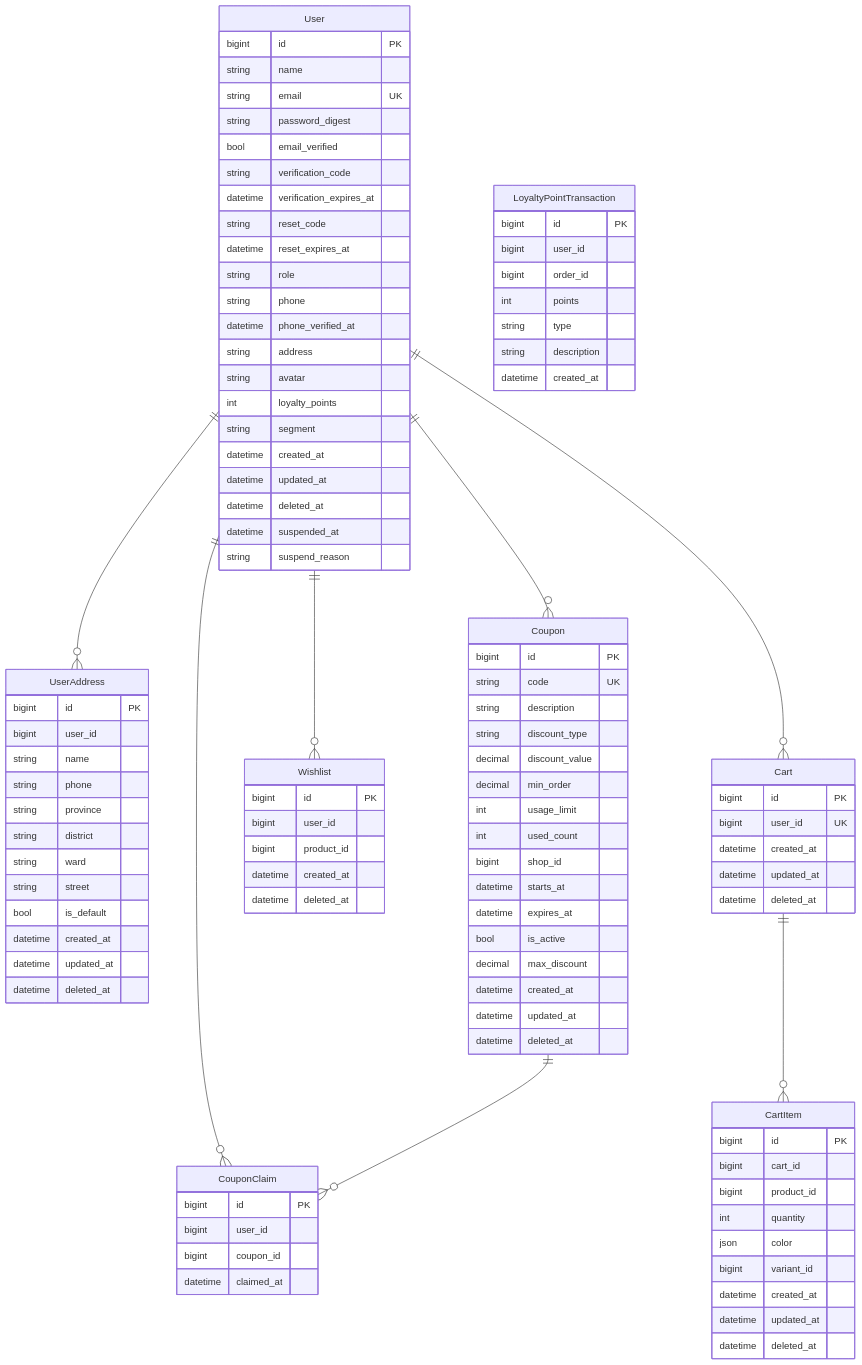
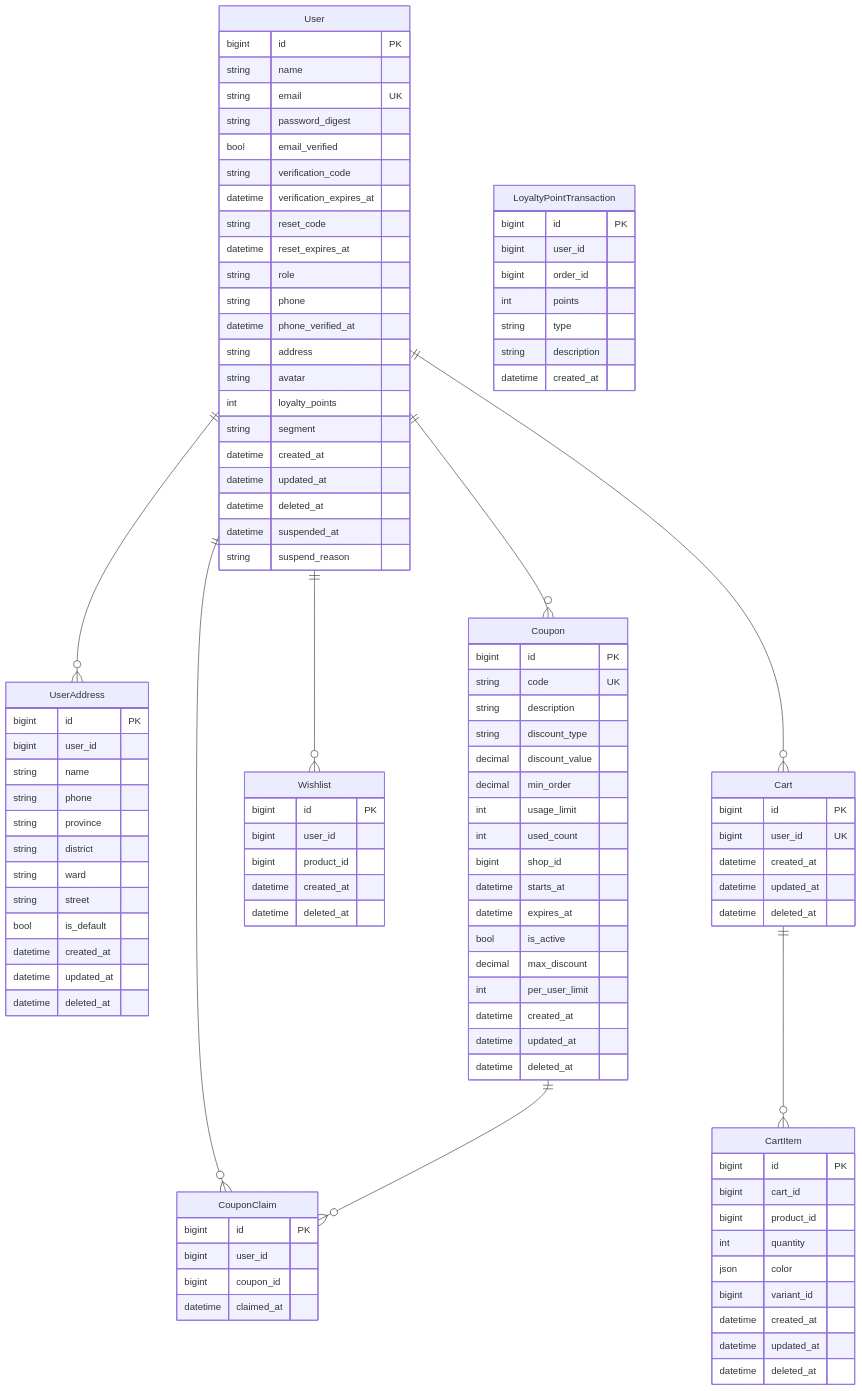
Before and after one commit to nguyenxduc/electric-ecommerce: the second of 6 diagrams in backend/docs/erd.md, drawn with Mermaid. The commit also changed other lines of this file and 2 other files, not shown here.

Commit message:
feat(db): review photos + seller reply, notification links, per-user voucher limit

```diff
--- a/backend/docs/erd.md
+++ b/backend/docs/erd.md
@@ -242,6 +242,7 @@
     datetime expires_at
     bool is_active
     decimal max_discount
+    int per_user_limit
     datetime created_at
     datetime updated_at
     datetime deleted_at
```
